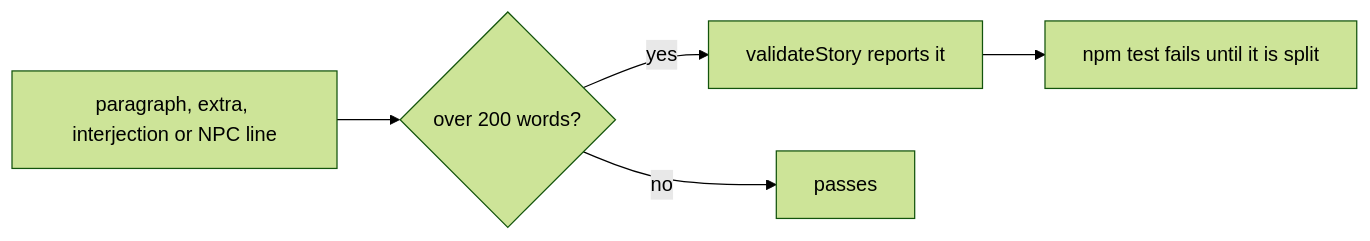
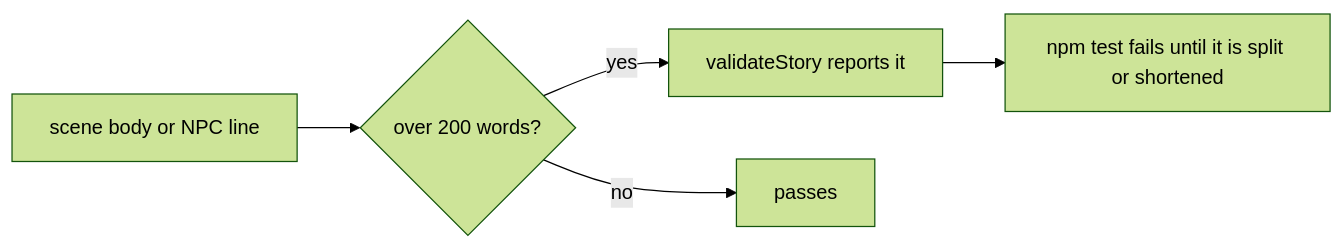
One commit to jgyy/nextxian changed diagram 13 of 15 in docs/ARCHITECTURE.md. Above: the diagram before and after it, drawn with Mermaid (forest theme). The commit also changed other lines of this file and 58 other files, not shown here.

````diff
--- a/docs/ARCHITECTURE.md
+++ b/docs/ARCHITECTURE.md
@@ -162,7 +230,7 @@
 ```mermaid
 flowchart LR
-  T[paragraph, extra, interjection or NPC line] --> C{over 200 words?}
+  T[scene body or NPC line] --> C{over 200 words?}
   C -- yes --> P[validateStory reports it]
   C -- no --> OK[passes]
-  P --> F[npm test fails until it is split]
+  P --> F[npm test fails until it is split or shortened]
 ```
````
